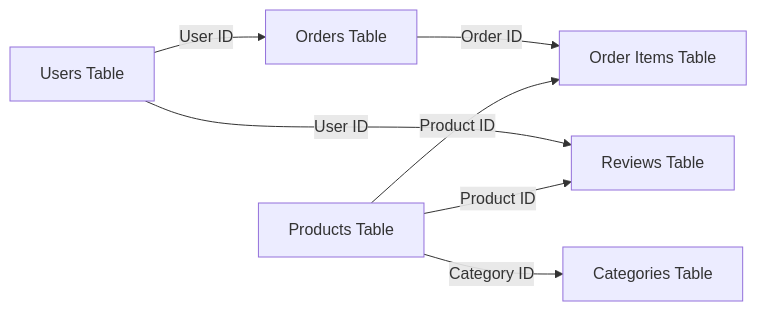
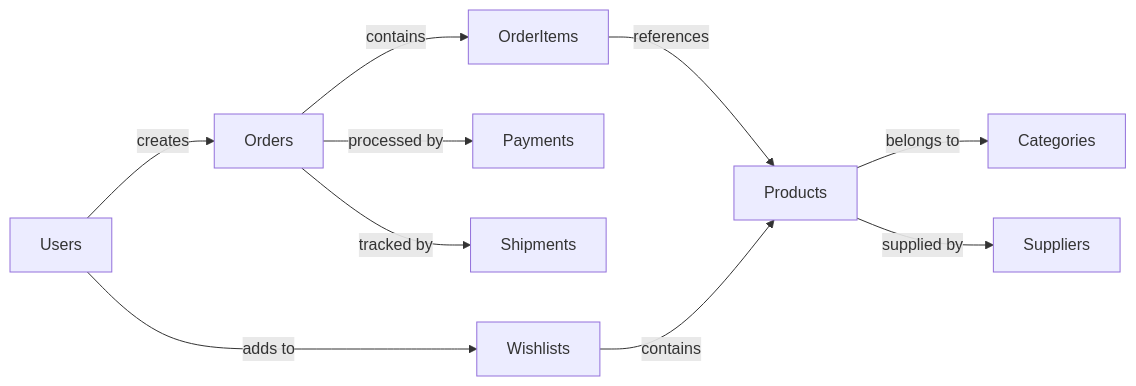
Before and after one commit to Pedro24681/sql-ecommerce-case-study: the fifth of 7 diagrams in ARCHITECTURE.md, drawn with Mermaid. The commit also changed other lines of this file, not shown here.

Commit message:
Fix Mermaid diagram formatting with proper code block syntax and closing backticks

````diff
--- a/ARCHITECTURE.md
+++ b/ARCHITECTURE.md
@@ -29,16 +66,12 @@
 ```mermaid
 graph LR
-    Users["Users Table"]
-    Products["Products Table"]
-    Orders["Orders Table"]
-    OrderItems["Order Items Table"]
-    Categories["Categories Table"]
-    Reviews["Reviews Table"]
-    
-    Users -->|User ID| Orders
-    Orders -->|Order ID| OrderItems
-    Products -->|Product ID| OrderItems
-    Products -->|Category ID| Categories
-    Users -->|User ID| Reviews
-    Products -->|Product ID| Reviews
+    Users -->|creates| Orders
+    Orders -->|contains| OrderItems
+    OrderItems -->|references| Products
+    Products -->|belongs to| Categories
+    Products -->|supplied by| Suppliers
+    Users -->|adds to| Wishlists
+    Wishlists -->|contains| Products
+    Orders -->|processed by| Payments
+    Orders -->|tracked by| Shipments
 ```
````
